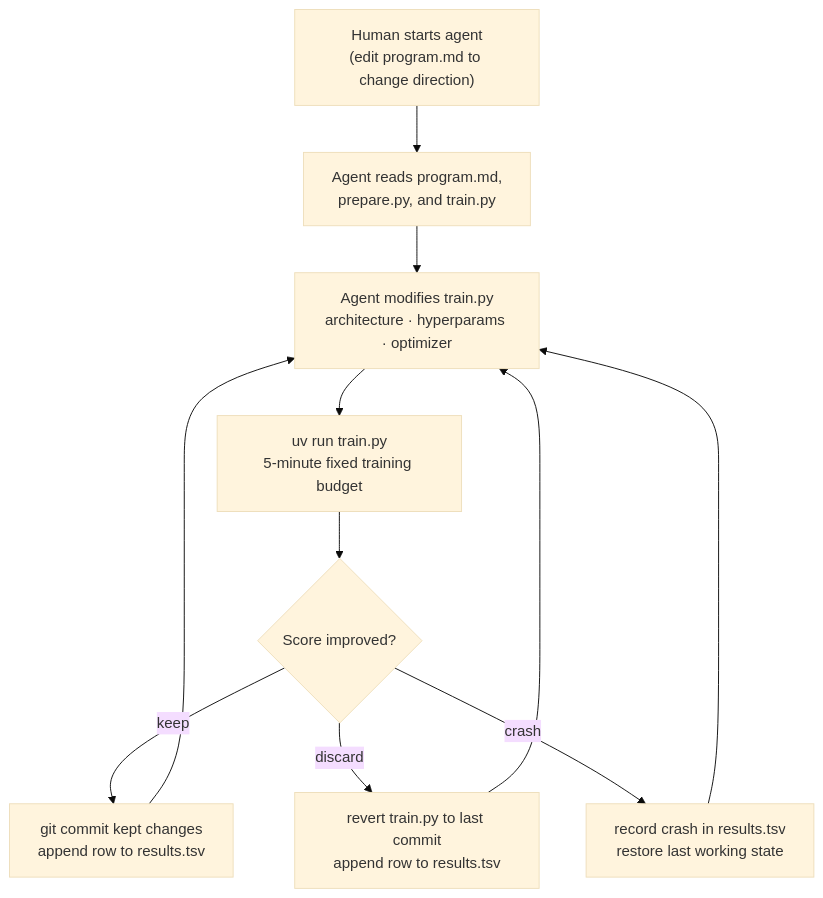
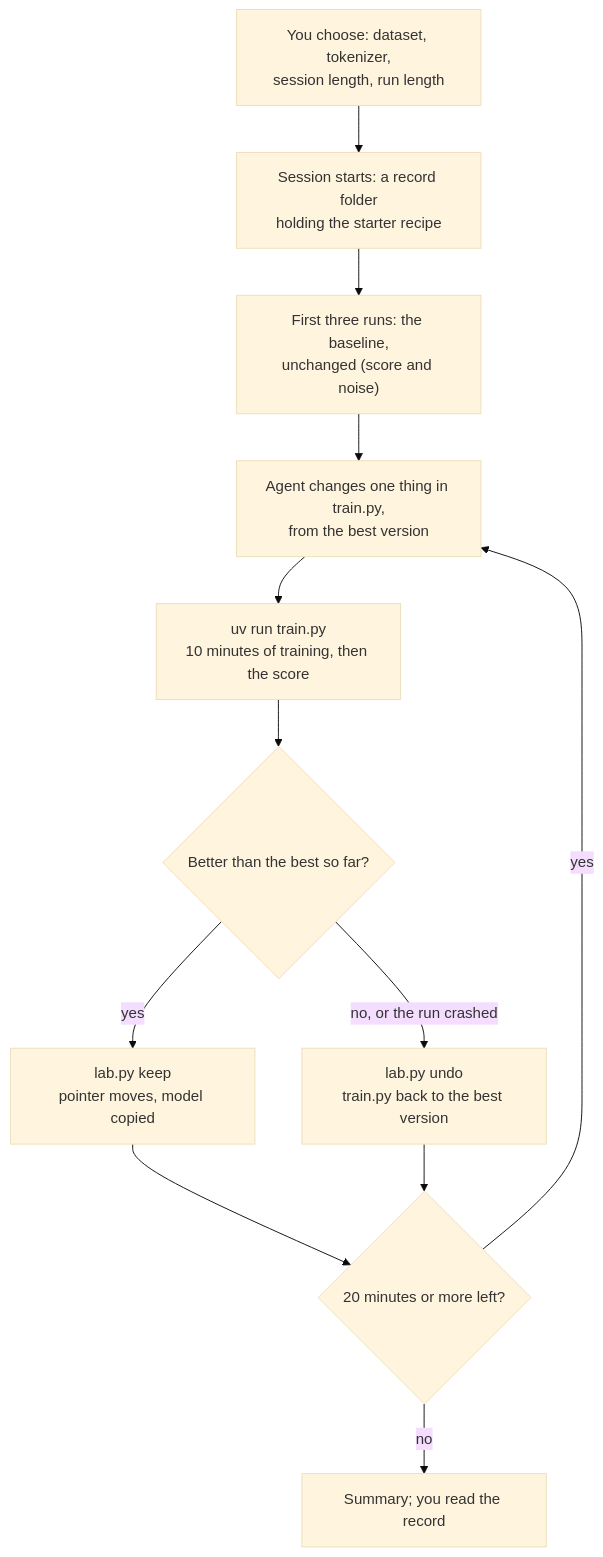
One commit to aroughidea/autoresearch-win-rtx changed the diagram in README.md. Above: the diagram before and after it, drawn with Mermaid (base theme). The commit also changed other lines of this file and 2 other files, not shown here.

First line of the commit message:
README, WALKTHROUGH and library notes follow the session map

````diff
--- a/README.md
+++ b/README.md
@@ -136,13 +135,14 @@
 ```mermaid
 flowchart TD
-    A["Human starts agent\n(edit program.md to change direction)"] --> B["Agent reads program.md,\nprepare.py, and train.py"]
-    B --> C["Agent modifies train.py\narchitecture · hyperparams · optimizer"]
-    C --> D["uv run train.py\n5-minute fixed training budget"]
-    D --> E{Score improved?}
-    E -->|keep| F["git commit kept changes\nappend row to results.tsv"]
-    E -->|discard| G["revert train.py to last commit\nappend row to results.tsv"]
-    E -->|crash| H["record crash in results.tsv\nrestore last working state"]
-    F --> C
-    G --> C
-    H --> C
+    A["You choose: dataset, tokenizer,\nsession length, run length"] --> B["Session starts: a record folder\nholding the starter recipe"]
+    B --> C["First three runs: the baseline,\nunchanged (score and noise)"]
+    C --> D["Agent changes one thing in train.py,\nfrom the best version"]
+    D --> E["uv run train.py\n10 minutes of training, then the score"]
+    E --> F{Better than the best so far?}
+    F -->|yes| G["lab.py keep\npointer moves, model copied"]
+    F -->|"no, or the run crashed"| H["lab.py undo\ntrain.py back to the best version"]
+    G --> I{20 minutes or more left?}
+    H --> I
+    I -->|yes| D
+    I -->|no| J["Summary; you read the record"]
 ```
````
